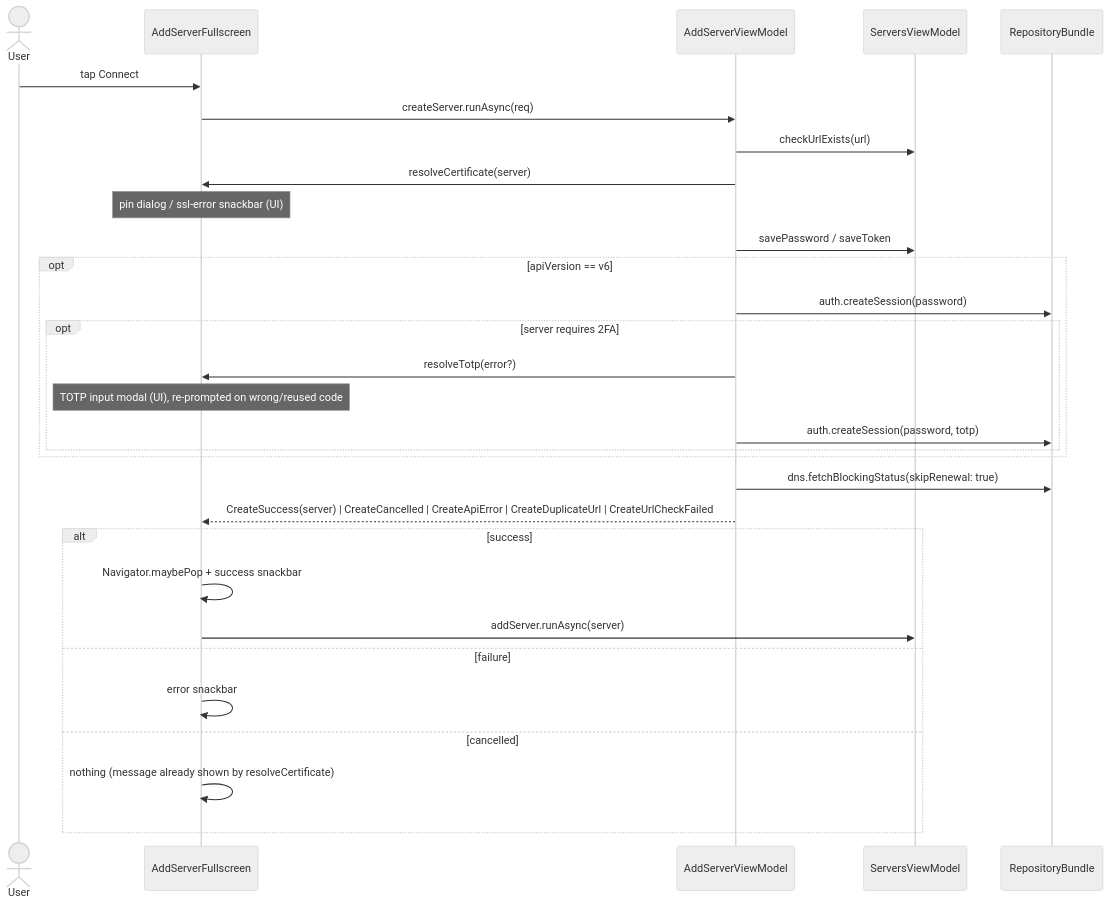
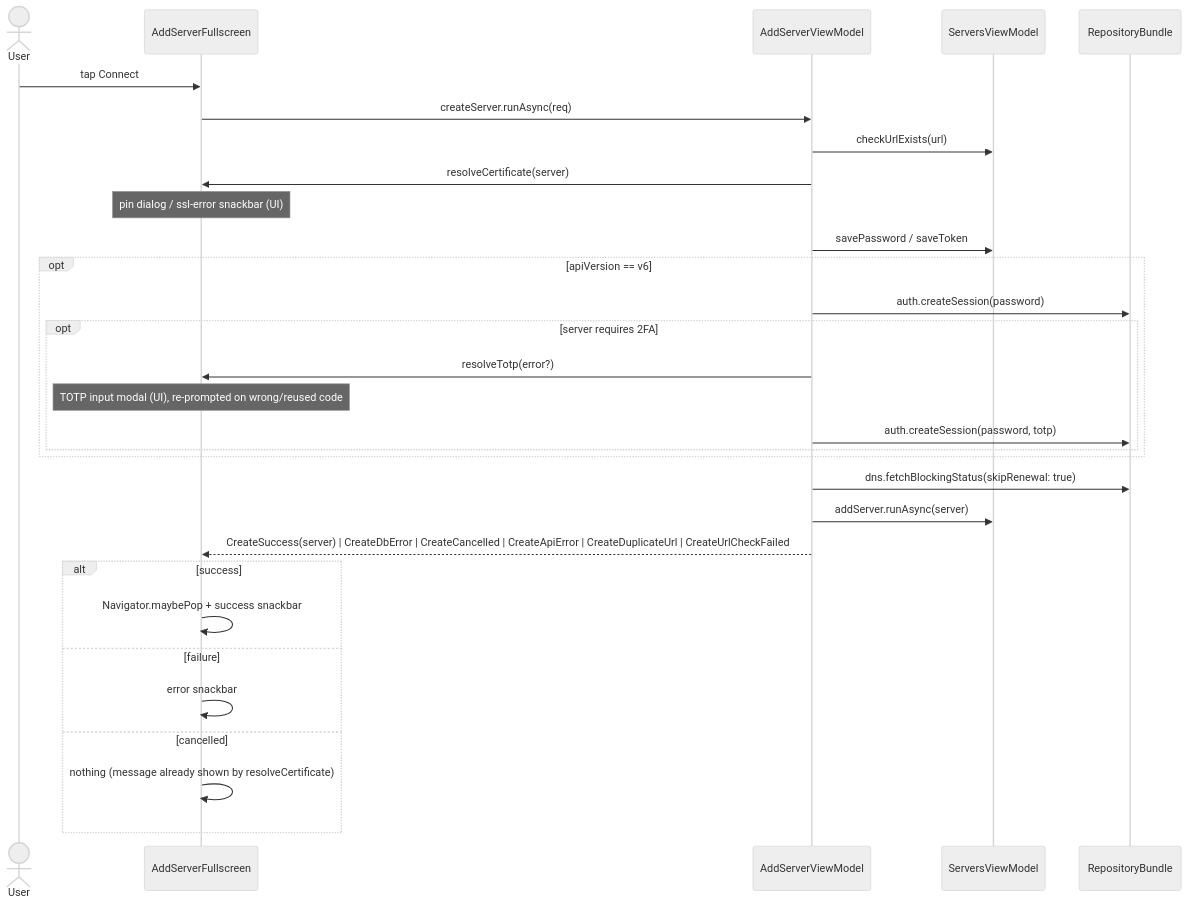
The seventh of 8 diagrams in docs/server-connection-flow.md (tsutsu3/pi-hole-client), drawn with Mermaid (neutral theme) before and after one commit. The commit also changed other lines of this file and 10 other files, not shown here.

````diff
--- a/docs/server-connection-flow.md
+++ b/docs/server-connection-flow.md
@@ -191,33 +195,33 @@
 ```mermaid
 sequenceDiagram
   actor U as User
   participant W as AddServerFullscreen
   participant VM as AddServerViewModel
   participant SV as ServersViewModel
   participant B as RepositoryBundle
 
   U->>W: tap Connect
   W->>VM: createServer.runAsync(req)
   VM->>SV: checkUrlExists(url)
   VM->>W: resolveCertificate(server)
   Note over W: pin dialog / ssl-error snackbar (UI)
   VM->>SV: savePassword / saveToken
   opt apiVersion == v6
     VM->>B: auth.createSession(password)
     opt server requires 2FA
       VM->>W: resolveTotp(error?)
       Note over W: TOTP input modal (UI), re-prompted on wrong/reused code
       VM->>B: auth.createSession(password, totp)
     end
   end
   VM->>B: dns.fetchBlockingStatus(skipRenewal: true)
-  VM-->>W: CreateSuccess(server) | CreateCancelled | CreateApiError | CreateDuplicateUrl | CreateUrlCheckFailed
+  VM->>SV: addServer.runAsync(server)
+  VM-->>W: CreateSuccess(server) | CreateDbError | CreateCancelled | CreateApiError | CreateDuplicateUrl | CreateUrlCheckFailed
   alt success
     W->>W: Navigator.maybePop + success snackbar
-    W->>SV: addServer.runAsync(server)
   else failure
     W->>W: error snackbar
   else cancelled
     W->>W: nothing (message already shown by resolveCertificate)
   end
 ```
````
